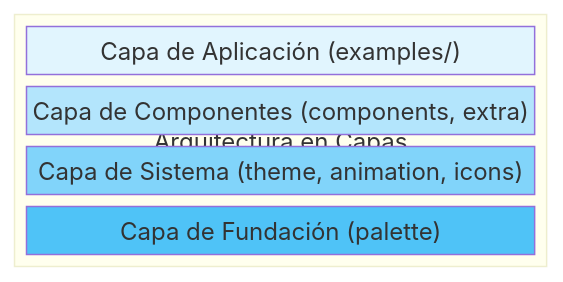
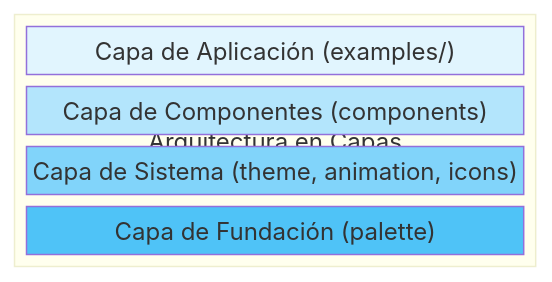
Before and after one commit to celestia-island/hikari: the first of 7 diagrams in docs/es/system/overview.md, drawn with Mermaid. The commit also changed other lines of this file and 87 other files, not shown here.

````diff
--- a/docs/es/system/overview.md
+++ b/docs/es/system/overview.md
@@ -18,15 +17,15 @@
 ```mermaid
 block-beta
   columns 1
   block:layer["Arquitectura en Capas"]:1
     columns 1
     app["Capa de Aplicación (examples/)"]
-    comp["Capa de Componentes (components, extra)"]
+    comp["Capa de Componentes (components)"]
     sys["Capa de Sistema (theme, animation, icons)"]
     found["Capa de Fundación (palette)"]
   end
   style app fill:#e1f5fe
   style comp fill:#b3e5fc
   style sys fill:#81d4fa
   style found fill:#4fc3f7
 ```
````
